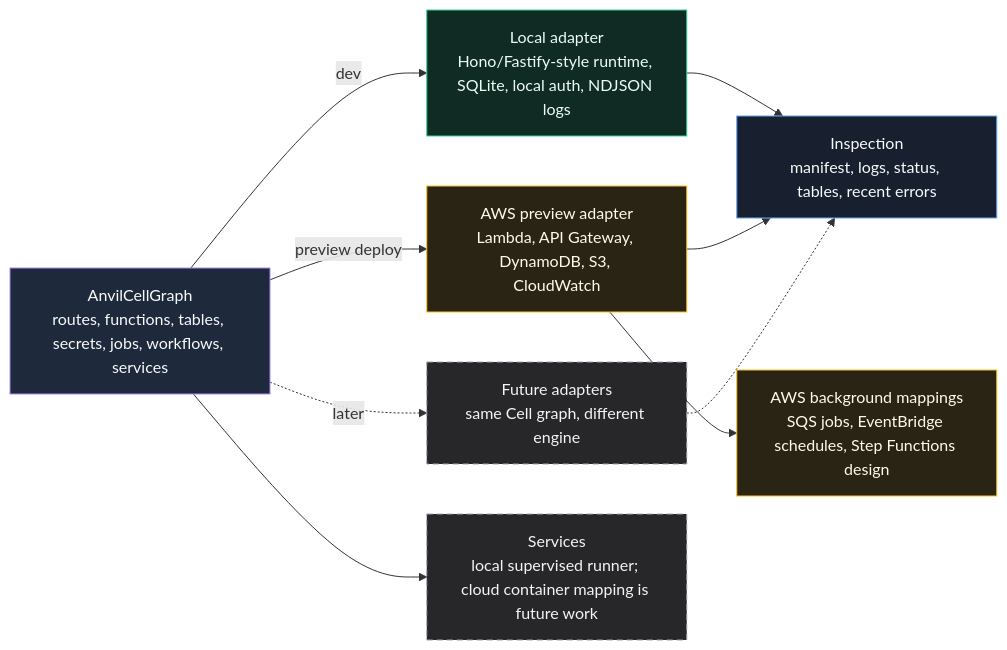
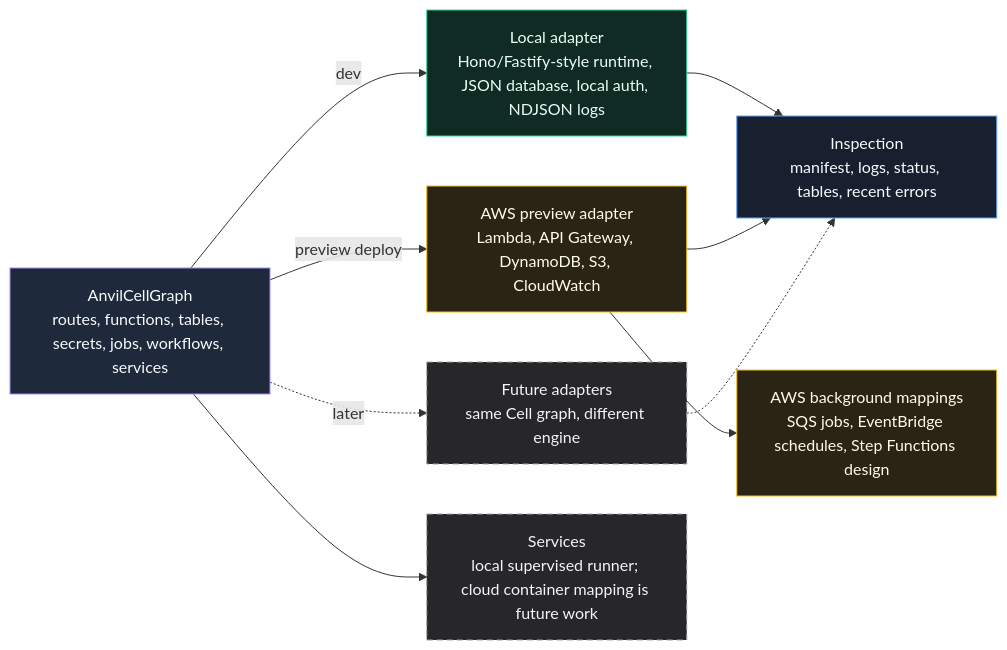
One commit to anthonyhumphreys/anvil-stack changed the sixth of 6 diagrams in anvil-cloud/docs/architecture/diagrams.md. Above: the diagram before and after it, drawn with Mermaid. The commit also changed other lines of this file and 16 other files, not shown here.

Commit message:
feat(cloud): add local database branching

````diff
--- a/anvil-cloud/docs/architecture/diagrams.md
+++ b/anvil-cloud/docs/architecture/diagrams.md
@@ -211,33 +211,33 @@
 ```mermaid
 flowchart LR
   Graph["AnvilCellGraph<br/>routes, functions, tables, secrets, jobs, workflows, services"]
-  Local["Local adapter<br/>Hono/Fastify-style runtime, SQLite, local auth, NDJSON logs"]
+  Local["Local adapter<br/>Hono/Fastify-style runtime, JSON database, local auth, NDJSON logs"]
   AWS["AWS preview adapter<br/>Lambda, API Gateway, DynamoDB, S3, CloudWatch"]
   Future["Future adapters<br/>same Cell graph, different engine"]
   Lens["Inspection<br/>manifest, logs, status, tables, recent errors"]
 
   Graph -->|"dev"| Local
   Graph -->|"preview deploy"| AWS
   Graph -.->|"later"| Future
   Local --> Lens
   AWS --> Lens
   Future -.-> Lens
 
   AWSJobs["AWS background mappings<br/>SQS jobs, EventBridge schedules, Step Functions design"]
   Services["Services<br/>local supervised runner; cloud container mapping is future work"]
 
   AWS --> AWSJobs
   Graph --> Services
 
   classDef graphNode fill:#1e293b,stroke:#a78bfa,color:#f8fafc;
   classDef local fill:#102a24,stroke:#34d399,color:#ecfdf5;
   classDef aws fill:#2a2414,stroke:#fbbf24,color:#fffbeb;
   classDef future fill:#27272a,stroke:#a1a1aa,color:#f4f4f5,stroke-dasharray: 6 4;
   classDef inspect fill:#18202f,stroke:#60a5fa,color:#f8fafc;
 
   class Graph graphNode;
   class Local local;
   class AWS,AWSJobs aws;
   class Future,Services future;
   class Lens inspect;
 ```
````
